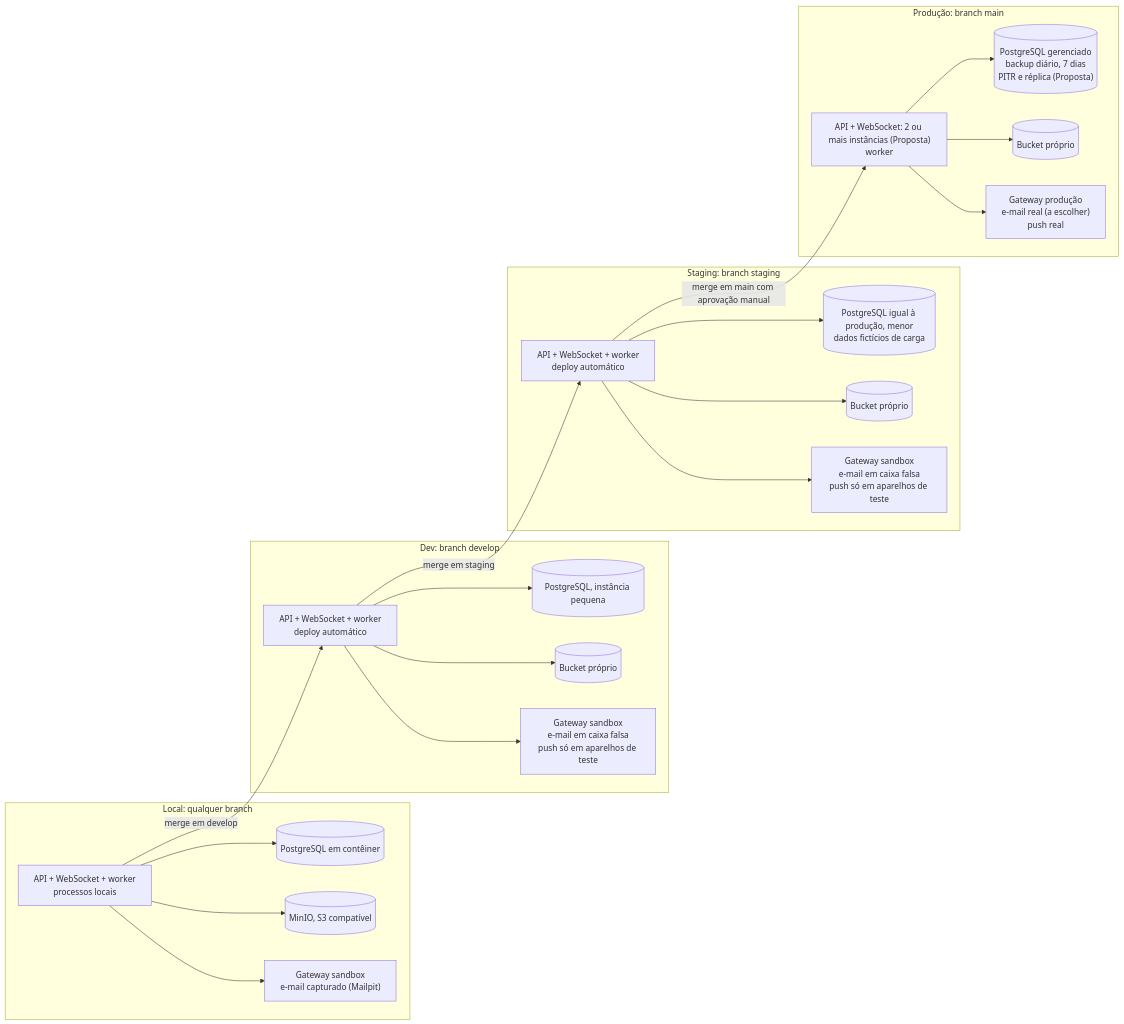
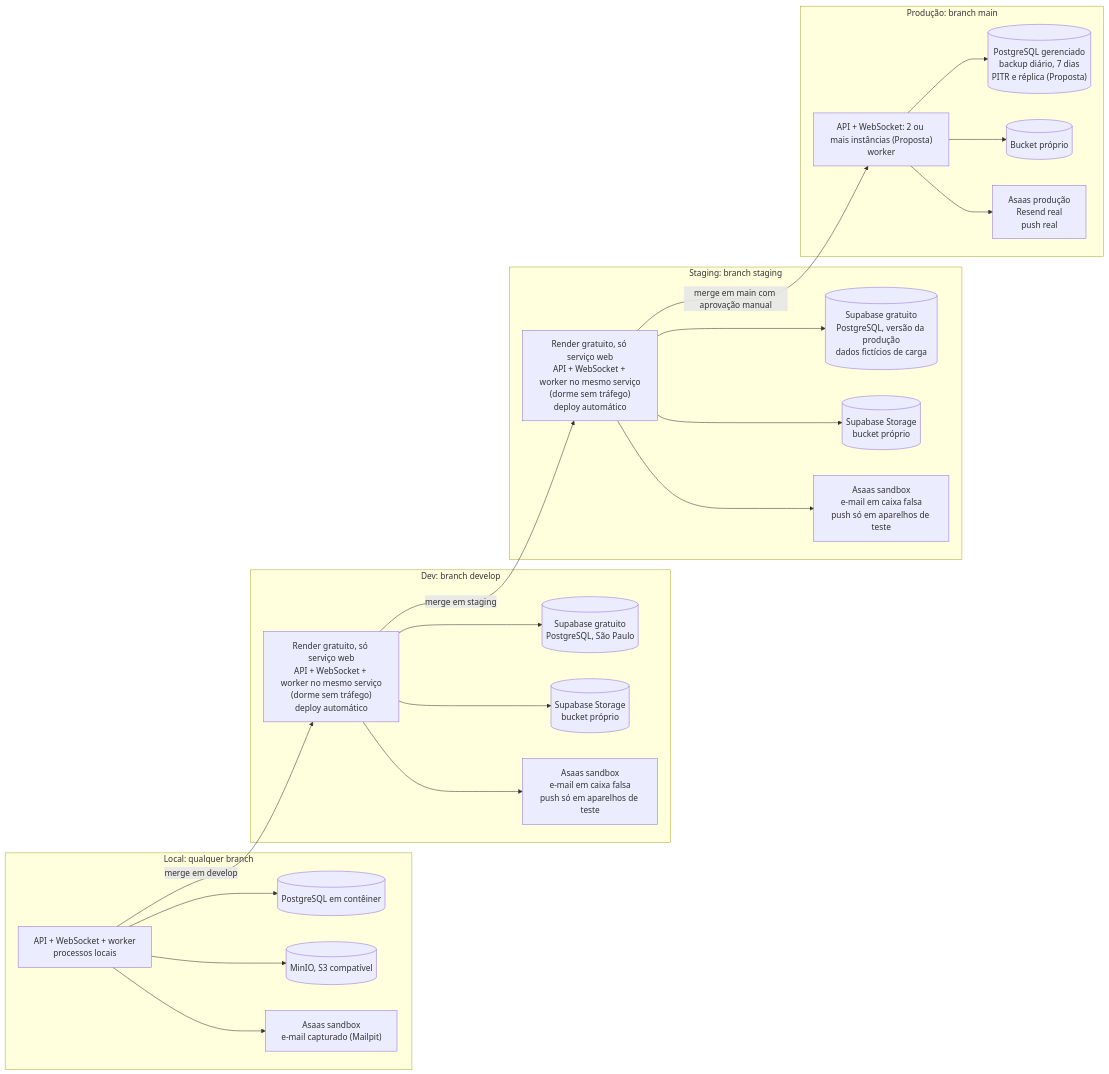
The fifth of 12 diagrams in docs/03-arquitetura/02-diagramas-de-arquitetura.md (pedrolems/CondomiFacil), drawn with Mermaid before and after one commit. The commit also changed other lines of this file and 33 other files, not shown here.

First line of the commit message:
Documentação da API (OpenAPI e AsyncAPI) e escolha de Asaas, Supabase + Render e Resend

````diff
--- a/docs/03-arquitetura/02-diagramas-de-arquitetura.md
+++ b/docs/03-arquitetura/02-diagramas-de-arquitetura.md
@@ -371,46 +371,46 @@
 ```mermaid
 flowchart LR
     subgraph LOCALENV["Local: qualquer branch"]
         L_APP["API + WebSocket + worker<br/>processos locais"]
         L_DB[("PostgreSQL em contêiner")]
         L_OBJ[("MinIO, S3 compatível")]
-        L_EXT["Gateway sandbox<br/>e-mail capturado (Mailpit)"]
+        L_EXT["Asaas sandbox<br/>e-mail capturado (Mailpit)"]
     end
 
     subgraph DEVENV["Dev: branch develop"]
-        D_APP["API + WebSocket + worker<br/>deploy automático"]
-        D_DB[("PostgreSQL, instância pequena")]
-        D_OBJ[("Bucket próprio")]
-        D_EXT["Gateway sandbox<br/>e-mail em caixa falsa<br/>push só em aparelhos de teste"]
+        D_APP["Render gratuito, só serviço web<br/>API + WebSocket + worker no mesmo serviço<br/>(dorme sem tráfego)<br/>deploy automático"]
+        D_DB[("Supabase gratuito<br/>PostgreSQL, São Paulo")]
+        D_OBJ[("Supabase Storage<br/>bucket próprio")]
+        D_EXT["Asaas sandbox<br/>e-mail em caixa falsa<br/>push só em aparelhos de teste"]
     end
 
     subgraph STGENV["Staging: branch staging"]
-        S_APP["API + WebSocket + worker<br/>deploy automático"]
-        S_DB[("PostgreSQL igual à produção, menor<br/>dados fictícios de carga")]
-        S_OBJ[("Bucket próprio")]
-        S_EXT["Gateway sandbox<br/>e-mail em caixa falsa<br/>push só em aparelhos de teste"]
+        S_APP["Render gratuito, só serviço web<br/>API + WebSocket + worker no mesmo serviço<br/>(dorme sem tráfego)<br/>deploy automático"]
+        S_DB[("Supabase gratuito<br/>PostgreSQL, versão da produção<br/>dados fictícios de carga")]
+        S_OBJ[("Supabase Storage<br/>bucket próprio")]
+        S_EXT["Asaas sandbox<br/>e-mail em caixa falsa<br/>push só em aparelhos de teste"]
     end
 
     subgraph PRDENV["Produção: branch main"]
         P_APP["API + WebSocket: 2 ou mais instâncias (Proposta)<br/>worker"]
         P_DB[("PostgreSQL gerenciado<br/>backup diário, 7 dias<br/>PITR e réplica (Proposta)")]
         P_OBJ[("Bucket próprio")]
-        P_EXT["Gateway produção<br/>e-mail real (a escolher)<br/>push real"]
+        P_EXT["Asaas produção<br/>Resend real<br/>push real"]
     end
 
     L_APP --> L_DB
     L_APP --> L_OBJ
     L_APP --> L_EXT
     D_APP --> D_DB
     D_APP --> D_OBJ
     D_APP --> D_EXT
     S_APP --> S_DB
     S_APP --> S_OBJ
     S_APP --> S_EXT
     P_APP --> P_DB
     P_APP --> P_OBJ
     P_APP --> P_EXT
     L_APP -->|"merge em develop"| D_APP
     D_APP -->|"merge em staging"| S_APP
     S_APP -->|"merge em main com aprovação manual"| P_APP
 ```
````
